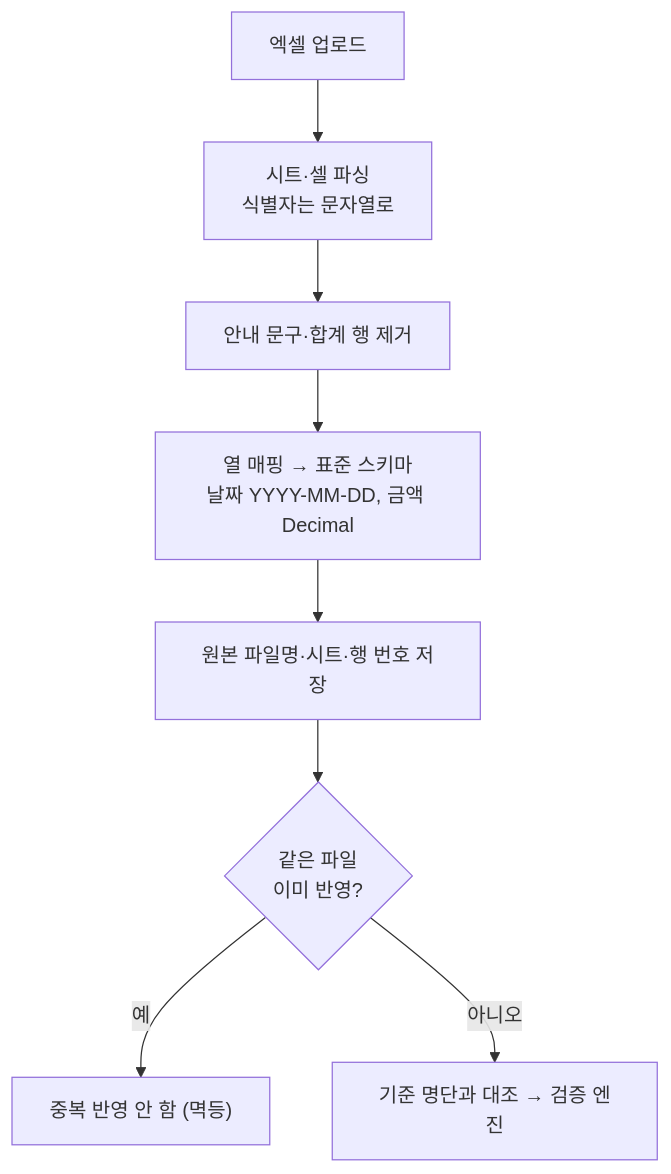
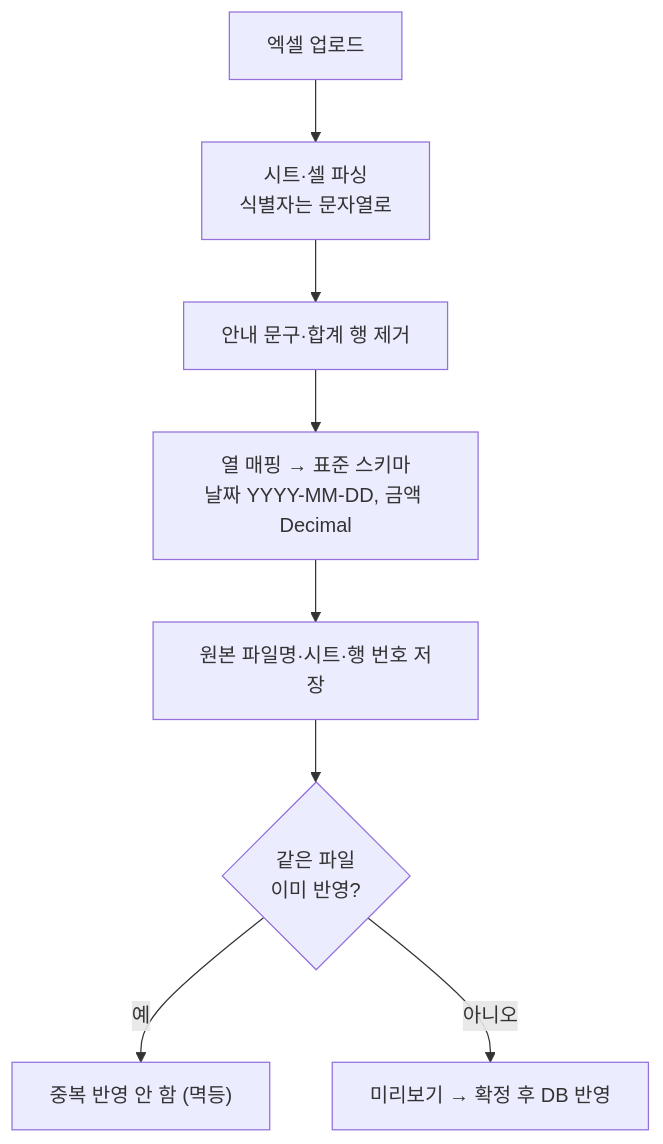
The sixth of 15 diagrams in docs/ARCHITECTURE.md (YC-CapstoneDesign-5/.github), drawn with Mermaid before and after one commit. The commit also changed other lines of this file and 7 other files, not shown here.

````diff
--- a/docs/ARCHITECTURE.md
+++ b/docs/ARCHITECTURE.md
@@ -194,10 +244,10 @@
 ```mermaid
 flowchart TD
     A["엑셀 업로드"] --> B["시트·셀 파싱<br>식별자는 문자열로"]
     B --> C["안내 문구·합계 행 제거"]
     C --> D["열 매핑 → 표준 스키마<br>날짜 YYYY-MM-DD, 금액 Decimal"]
     D --> E["원본 파일명·시트·행 번호 저장"]
     E --> F{"같은 파일<br>이미 반영?"}
     F -->|예| G["중복 반영 안 함 (멱등)"]
-    F -->|아니오| H["기준 명단과 대조 → 검증 엔진"]
+    F -->|아니오| H["미리보기 → 확정 후 DB 반영"]
 ```
````
